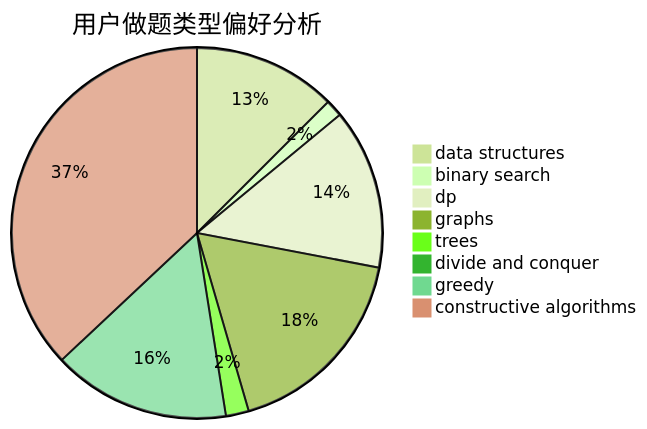
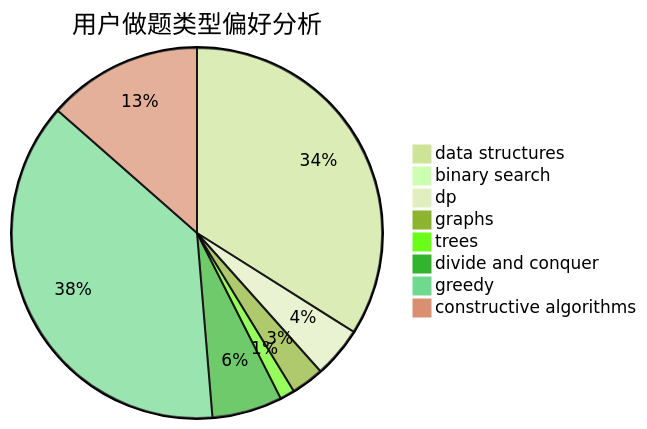
The second of 3 diagrams in docs/user/u1185.md (sherpahu/cfrs.github.io), drawn with Mermaid (forest theme) before and after one commit. The commit also changed other lines of this file and 2770 other files, not shown here.

````diff
--- a/docs/user/u1185.md
+++ b/docs/user/u1185.md
@@ -23,11 +23,11 @@
 ```mermaid
 pie title 用户做题类型偏好分析
-    "data structures" :  25
+    "data structures" :  344
     "binary search" :  3
-    "dp" :  28
-    "graphs" :  35
-    "trees" :  4
-    "divide and conquer" :  0
-    "greedy" :  31
-    "constructive algorithms" :  74
+    "dp" :  45
+    "graphs" :  29
+    "trees" :  13
+    "divide and conquer" :  62
+    "greedy" :  383
+    "constructive algorithms" :  137
 ```
````
